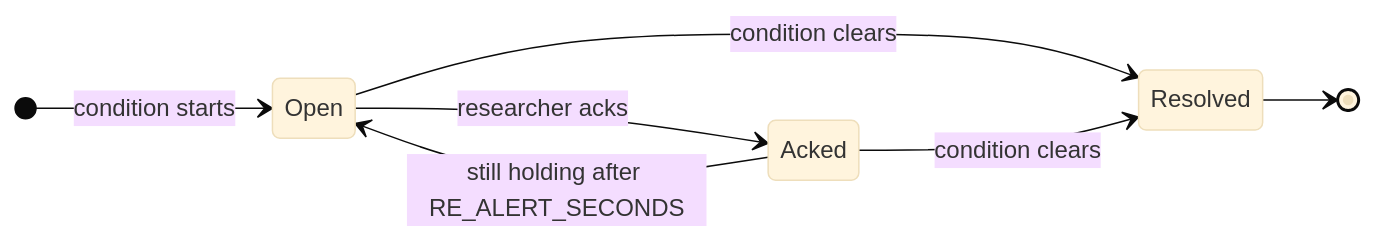
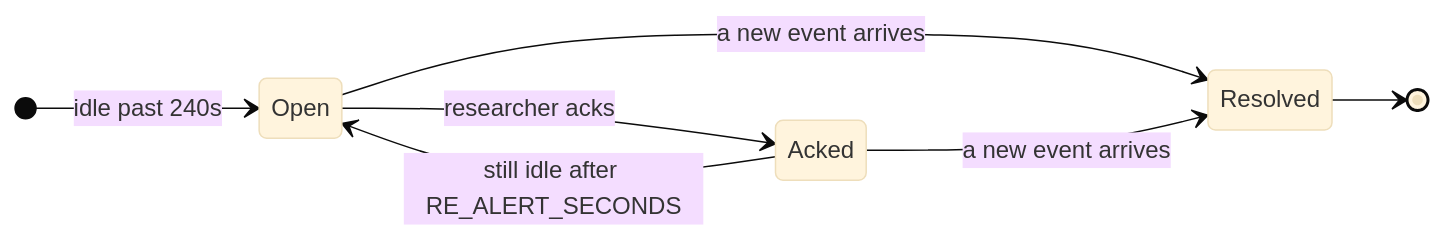
The third of 3 diagrams in docs/concepts/write-path.md (InviteInstitute/lm-dashboard), drawn with Mermaid (base theme) before and after one commit. The commit also changed other lines of this file and 13 other files, not shown here.

````diff
--- a/docs/concepts/write-path.md
+++ b/docs/concepts/write-path.md
@@ -146,10 +153,10 @@
 ```mermaid
 stateDiagram-v2
     direction LR
-    [*] --> Open: condition starts
-    Open --> Resolved: condition clears
+    [*] --> Open: idle past 240s
+    Open --> Resolved: a new event arrives
     Open --> Acked: researcher acks
-    Acked --> Resolved: condition clears
-    Acked --> Open: still holding after RE_ALERT_SECONDS
+    Acked --> Resolved: a new event arrives
+    Acked --> Open: still idle after RE_ALERT_SECONDS
     Resolved --> [*]
 ```
````
